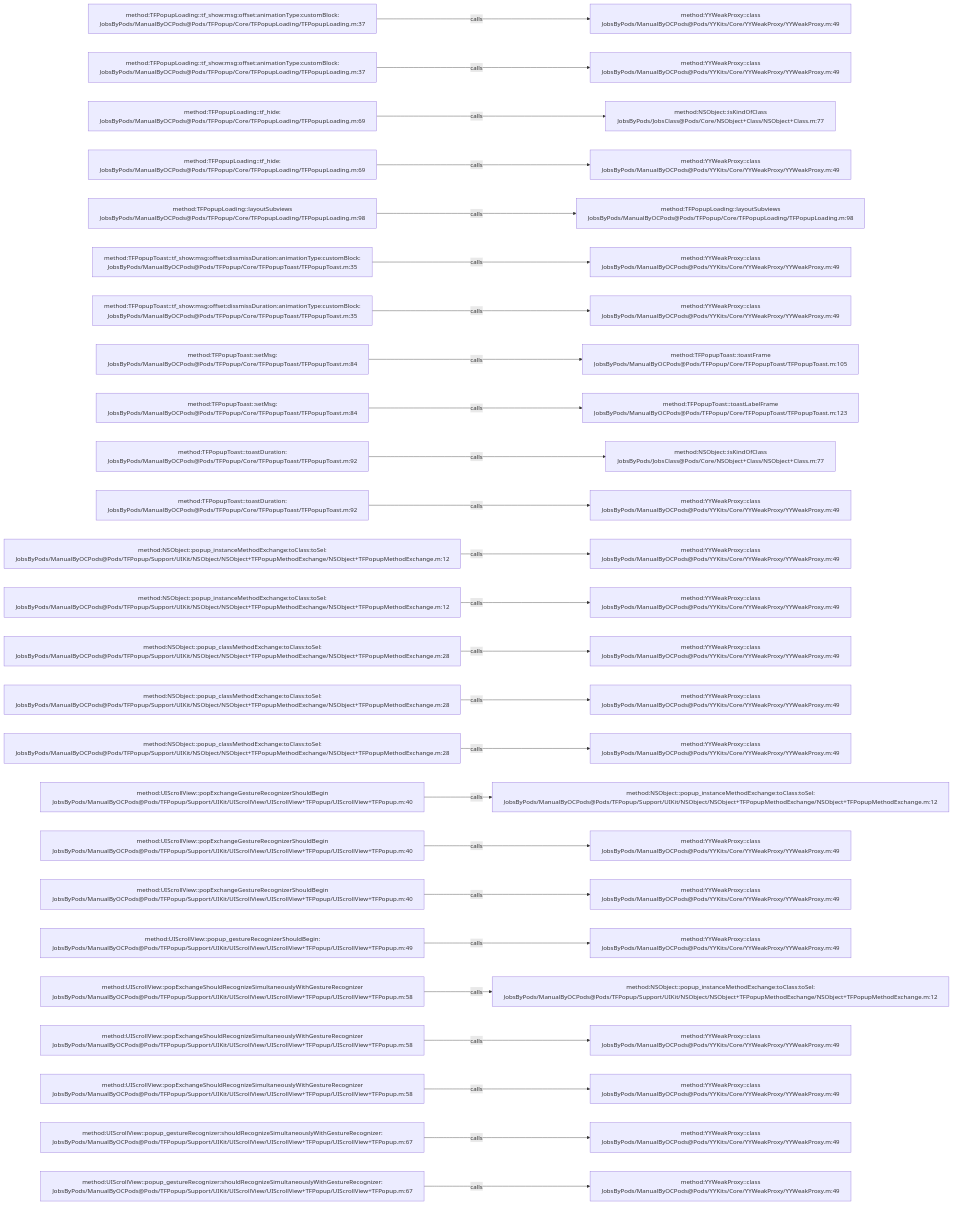
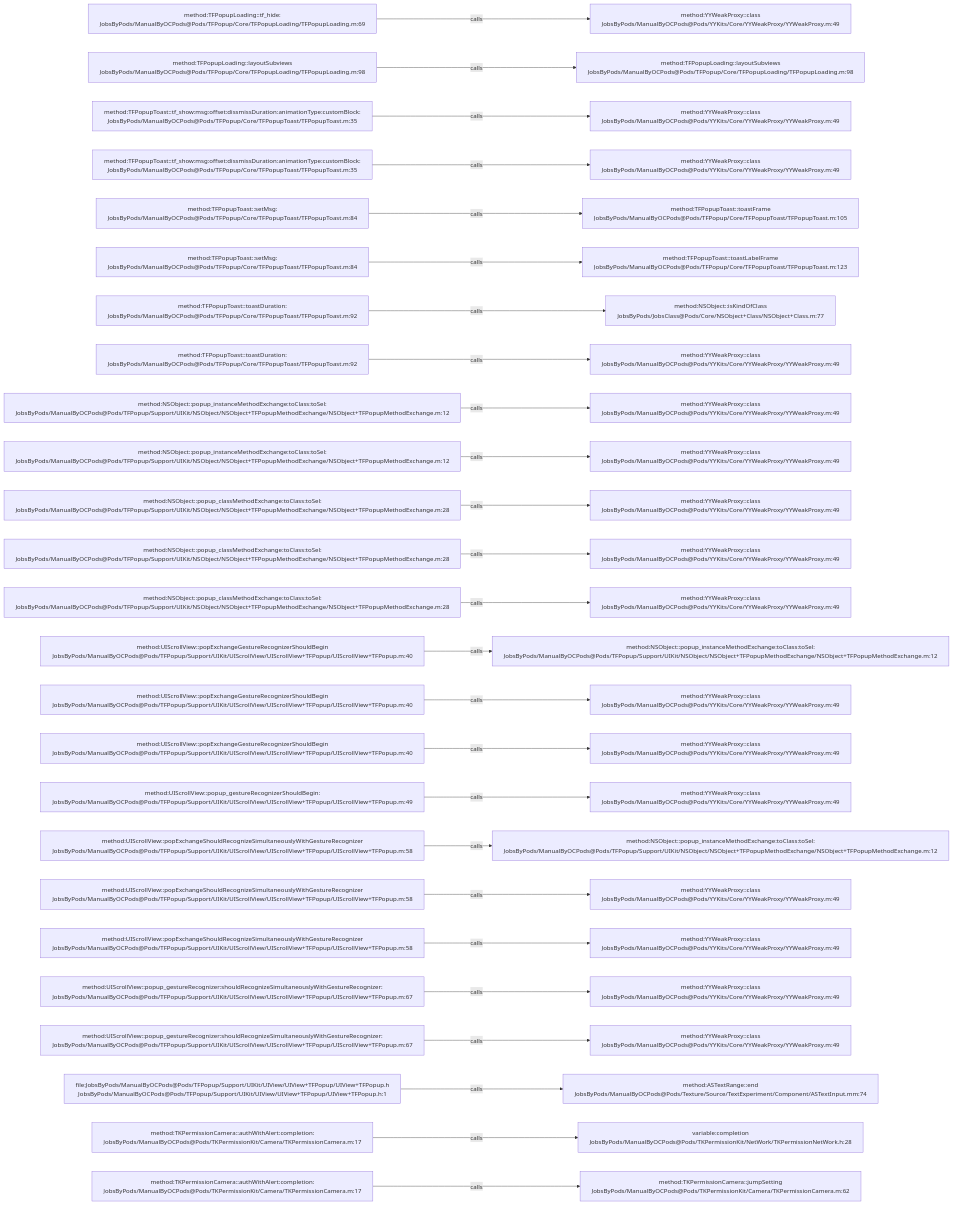
Before and after one commit to JobsKits/JobsOCBaseConfigDemo: the diagram in .codegraph/codegraph.md/graphs/calls-071.md, drawn with Mermaid. The commit also changed 342 other files, not shown here.

````diff
--- a/.codegraph/codegraph.md/graphs/calls-071.md
+++ b/.codegraph/codegraph.md/graphs/calls-071.md
@@ -13,78 +13,78 @@
 ```mermaid
 flowchart LR
-  S1["method:TFPopupLoading::tf_show:msg:offset:animationType:customBlock:<br/>JobsByPods/ManualByOCPods@Pods/TFPopup/Core/TFPopupLoading/TFPopupLoading.m:37"]
+  S1["method:TFPopupLoading::tf_hide:<br/>JobsByPods/ManualByOCPods@Pods/TFPopup/Core/TFPopupLoading/TFPopupLoading.m:69"]
   T1["method:YYWeakProxy::class<br/>JobsByPods/ManualByOCPods@Pods/YYKits/Core/YYWeakProxy/YYWeakProxy.m:49"]
   S1 -->|calls| T1
-  S2["method:TFPopupLoading::tf_show:msg:offset:animationType:customBlock:<br/>JobsByPods/ManualByOCPods@Pods/TFPopup/Core/TFPopupLoading/TFPopupLoading.m:37"]
-  T2["method:YYWeakProxy::class<br/>JobsByPods/ManualByOCPods@Pods/YYKits/Core/YYWeakProxy/YYWeakProxy.m:49"]
+  S2["method:TFPopupLoading::layoutSubviews<br/>JobsByPods/ManualByOCPods@Pods/TFPopup/Core/TFPopupLoading/TFPopupLoading.m:98"]
+  T2["method:TFPopupLoading::layoutSubviews<br/>JobsByPods/ManualByOCPods@Pods/TFPopup/Core/TFPopupLoading/TFPopupLoading.m:98"]
   S2 -->|calls| T2
-  S3["method:TFPopupLoading::tf_hide:<br/>JobsByPods/ManualByOCPods@Pods/TFPopup/Core/TFPopupLoading/TFPopupLoading.m:69"]
-  T3["method:NSObject::isKindOfClass<br/>JobsByPods/JobsClass@Pods/Core/NSObject+Class/NSObject+Class.m:77"]
+  S3["method:TFPopupToast::tf_show:msg:offset:dissmissDuration:animationType:customBlock:<br/>JobsByPods/ManualByOCPods@Pods/TFPopup/Core/TFPopupToast/TFPopupToast.m:35"]
+  T3["method:YYWeakProxy::class<br/>JobsByPods/ManualByOCPods@Pods/YYKits/Core/YYWeakProxy/YYWeakProxy.m:49"]
   S3 -->|calls| T3
-  S4["method:TFPopupLoading::tf_hide:<br/>JobsByPods/ManualByOCPods@Pods/TFPopup/Core/TFPopupLoading/TFPopupLoading.m:69"]
+  S4["method:TFPopupToast::tf_show:msg:offset:dissmissDuration:animationType:customBlock:<br/>JobsByPods/ManualByOCPods@Pods/TFPopup/Core/TFPopupToast/TFPopupToast.m:35"]
   T4["method:YYWeakProxy::class<br/>JobsByPods/ManualByOCPods@Pods/YYKits/Core/YYWeakProxy/YYWeakProxy.m:49"]
   S4 -->|calls| T4
-  S5["method:TFPopupLoading::layoutSubviews<br/>JobsByPods/ManualByOCPods@Pods/TFPopup/Core/TFPopupLoading/TFPopupLoading.m:98"]
-  T5["method:TFPopupLoading::layoutSubviews<br/>JobsByPods/ManualByOCPods@Pods/TFPopup/Core/TFPopupLoading/TFPopupLoading.m:98"]
+  S5["method:TFPopupToast::setMsg:<br/>JobsByPods/ManualByOCPods@Pods/TFPopup/Core/TFPopupToast/TFPopupToast.m:84"]
+  T5["method:TFPopupToast::toastFrame<br/>JobsByPods/ManualByOCPods@Pods/TFPopup/Core/TFPopupToast/TFPopupToast.m:105"]
   S5 -->|calls| T5
-  S6["method:TFPopupToast::tf_show:msg:offset:dissmissDuration:animationType:customBlock:<br/>JobsByPods/ManualByOCPods@Pods/TFPopup/Core/TFPopupToast/TFPopupToast.m:35"]
-  T6["method:YYWeakProxy::class<br/>JobsByPods/ManualByOCPods@Pods/YYKits/Core/YYWeakProxy/YYWeakProxy.m:49"]
+  S6["method:TFPopupToast::setMsg:<br/>JobsByPods/ManualByOCPods@Pods/TFPopup/Core/TFPopupToast/TFPopupToast.m:84"]
+  T6["method:TFPopupToast::toastLabelFrame<br/>JobsByPods/ManualByOCPods@Pods/TFPopup/Core/TFPopupToast/TFPopupToast.m:123"]
   S6 -->|calls| T6
-  S7["method:TFPopupToast::tf_show:msg:offset:dissmissDuration:animationType:customBlock:<br/>JobsByPods/ManualByOCPods@Pods/TFPopup/Core/TFPopupToast/TFPopupToast.m:35"]
-  T7["method:YYWeakProxy::class<br/>JobsByPods/ManualByOCPods@Pods/YYKits/Core/YYWeakProxy/YYWeakProxy.m:49"]
+  S7["method:TFPopupToast::toastDuration:<br/>JobsByPods/ManualByOCPods@Pods/TFPopup/Core/TFPopupToast/TFPopupToast.m:92"]
+  T7["method:NSObject::isKindOfClass<br/>JobsByPods/JobsClass@Pods/Core/NSObject+Class/NSObject+Class.m:77"]
   S7 -->|calls| T7
-  S8["method:TFPopupToast::setMsg:<br/>JobsByPods/ManualByOCPods@Pods/TFPopup/Core/TFPopupToast/TFPopupToast.m:84"]
-  T8["method:TFPopupToast::toastFrame<br/>JobsByPods/ManualByOCPods@Pods/TFPopup/Core/TFPopupToast/TFPopupToast.m:105"]
+  S8["method:TFPopupToast::toastDuration:<br/>JobsByPods/ManualByOCPods@Pods/TFPopup/Core/TFPopupToast/TFPopupToast.m:92"]
+  T8["method:YYWeakProxy::class<br/>JobsByPods/ManualByOCPods@Pods/YYKits/Core/YYWeakProxy/YYWeakProxy.m:49"]
   S8 -->|calls| T8
-  S9["method:TFPopupToast::setMsg:<br/>JobsByPods/ManualByOCPods@Pods/TFPopup/Core/TFPopupToast/TFPopupToast.m:84"]
-  T9["method:TFPopupToast::toastLabelFrame<br/>JobsByPods/ManualByOCPods@Pods/TFPopup/Core/TFPopupToast/TFPopupToast.m:123"]
+  S9["method:NSObject::popup_instanceMethodExchange:toClass:toSel:<br/>JobsByPods/ManualByOCPods@Pods/TFPopup/Support/UIKit/NSObject/NSObject+TFPopupMethodExchange/NSObject+TFPopupMethodExchange.m:12"]
+  T9["method:YYWeakProxy::class<br/>JobsByPods/ManualByOCPods@Pods/YYKits/Core/YYWeakProxy/YYWeakProxy.m:49"]
   S9 -->|calls| T9
-  S10["method:TFPopupToast::toastDuration:<br/>JobsByPods/ManualByOCPods@Pods/TFPopup/Core/TFPopupToast/TFPopupToast.m:92"]
-  T10["method:NSObject::isKindOfClass<br/>JobsByPods/JobsClass@Pods/Core/NSObject+Class/NSObject+Class.m:77"]
+  S10["method:NSObject::popup_instanceMethodExchange:toClass:toSel:<br/>JobsByPods/ManualByOCPods@Pods/TFPopup/Support/UIKit/NSObject/NSObject+TFPopupMethodExchange/NSObject+TFPopupMethodExchange.m:12"]
+  T10["method:YYWeakProxy::class<br/>JobsByPods/ManualByOCPods@Pods/YYKits/Core/YYWeakProxy/YYWeakProxy.m:49"]
   S10 -->|calls| T10
-  S11["method:TFPopupToast::toastDuration:<br/>JobsByPods/ManualByOCPods@Pods/TFPopup/Core/TFPopupToast/TFPopupToast.m:92"]
+  S11["method:NSObject::popup_classMethodExchange:toClass:toSel:<br/>JobsByPods/ManualByOCPods@Pods/TFPopup/Support/UIKit/NSObject/NSObject+TFPopupMethodExchange/NSObject+TFPopupMethodExchange.m:28"]
   T11["method:YYWeakProxy::class<br/>JobsByPods/ManualByOCPods@Pods/YYKits/Core/YYWeakProxy/YYWeakProxy.m:49"]
   S11 -->|calls| T11
-  S12["method:NSObject::popup_instanceMethodExchange:toClass:toSel:<br/>JobsByPods/ManualByOCPods@Pods/TFPopup/Support/UIKit/NSObject/NSObject+TFPopupMethodExchange/NSObject+TFPopupMethodExchange.m:12"]
+  S12["method:NSObject::popup_classMethodExchange:toClass:toSel:<br/>JobsByPods/ManualByOCPods@Pods/TFPopup/Support/UIKit/NSObject/NSObject+TFPopupMethodExchange/NSObject+TFPopupMethodExchange.m:28"]
   T12["method:YYWeakProxy::class<br/>JobsByPods/ManualByOCPods@Pods/YYKits/Core/YYWeakProxy/YYWeakProxy.m:49"]
   S12 -->|calls| T12
-  S13["method:NSObject::popup_instanceMethodExchange:toClass:toSel:<br/>JobsByPods/ManualByOCPods@Pods/TFPopup/Support/UIKit/NSObject/NSObject+TFPopupMethodExchange/NSObject+TFPopupMethodExchange.m:12"]
+  S13["method:NSObject::popup_classMethodExchange:toClass:toSel:<br/>JobsByPods/ManualByOCPods@Pods/TFPopup/Support/UIKit/NSObject/NSObject+TFPopupMethodExchange/NSObject+TFPopupMethodExchange.m:28"]
   T13["method:YYWeakProxy::class<br/>JobsByPods/ManualByOCPods@Pods/YYKits/Core/YYWeakProxy/YYWeakProxy.m:49"]
   S13 -->|calls| T13
-  S14["method:NSObject::popup_classMethodExchange:toClass:toSel:<br/>JobsByPods/ManualByOCPods@Pods/TFPopup/Support/UIKit/NSObject/NSObject+TFPopupMethodExchange/NSObject+TFPopupMethodExchange.m:28"]
-  T14["method:YYWeakProxy::class<br/>JobsByPods/ManualByOCPods@Pods/YYKits/Core/YYWeakProxy/YYWeakProxy.m:49"]
+  S14["method:UIScrollView::popExchangeGestureRecognizerShouldBegin<br/>JobsByPods/ManualByOCPods@Pods/TFPopup/Support/UIKit/UIScrollView/UIScrollView+TFPopup/UIScrollView+TFPopup.m:40"]
+  T14["method:NSObject::popup_instanceMethodExchange:toClass:toSel:<br/>JobsByPods/ManualByOCPods@Pods/TFPopup/Support/UIKit/NSObject/NSObject+TFPopupMethodExchange/NSObject+TFPopupMethodExchange.m:12"]
   S14 -->|calls| T14
-  S15["method:NSObject::popup_classMethodExchange:toClass:toSel:<br/>JobsByPods/ManualByOCPods@Pods/TFPopup/Support/UIKit/NSObject/NSObject+TFPopupMethodExchange/NSObject+TFPopupMethodExchange.m:28"]
+  S15["method:UIScrollView::popExchangeGestureRecognizerShouldBegin<br/>JobsByPods/ManualByOCPods@Pods/TFPopup/Support/UIKit/UIScrollView/UIScrollView+TFPopup/UIScrollView+TFPopup.m:40"]
   T15["method:YYWeakProxy::class<br/>JobsByPods/ManualByOCPods@Pods/YYKits/Core/YYWeakProxy/YYWeakProxy.m:49"]
   S15 -->|calls| T15
-  S16["method:NSObject::popup_classMethodExchange:toClass:toSel:<br/>JobsByPods/ManualByOCPods@Pods/TFPopup/Support/UIKit/NSObject/NSObject+TFPopupMethodExchange/NSObject+TFPopupMethodExchange.m:28"]
+  S16["method:UIScrollView::popExchangeGestureRecognizerShouldBegin<br/>JobsByPods/ManualByOCPods@Pods/TFPopup/Support/UIKit/UIScrollView/UIScrollView+TFPopup/UIScrollView+TFPopup.m:40"]
   T16["method:YYWeakProxy::class<br/>JobsByPods/ManualByOCPods@Pods/YYKits/Core/YYWeakProxy/YYWeakProxy.m:49"]
   S16 -->|calls| T16
-  S17["method:UIScrollView::popExchangeGestureRecognizerShouldBegin<br/>JobsByPods/ManualByOCPods@Pods/TFPopup/Support/UIKit/UIScrollView/UIScrollView+TFPopup/UIScrollView+TFPopup.m:40"]
-  T17["method:NSObject::popup_instanceMethodExchange:toClass:toSel:<br/>JobsByPods/ManualByOCPods@Pods/TFPopup/Support/UIKit/NSObject/NSObject+TFPopupMethodExchange/NSObject+TFPopupMethodExchange.m:12"]
+  S17["method:UIScrollView::popup_gestureRecognizerShouldBegin:<br/>JobsByPods/ManualByOCPods@Pods/TFPopup/Support/UIKit/UIScrollView/UIScrollView+TFPopup/UIScrollView+TFPopup.m:49"]
+  T17["method:YYWeakProxy::class<br/>JobsByPods/ManualByOCPods@Pods/YYKits/Core/YYWeakProxy/YYWeakProxy.m:49"]
   S17 -->|calls| T17
-  S18["method:UIScrollView::popExchangeGestureRecognizerShouldBegin<br/>JobsByPods/ManualByOCPods@Pods/TFPopup/Support/UIKit/UIScrollView/UIScrollView+TFPopup/UIScrollView+TFPopup.m:40"]
-  T18["method:YYWeakProxy::class<br/>JobsByPods/ManualByOCPods@Pods/YYKits/Core/YYWeakProxy/YYWeakProxy.m:49"]
+  S18["method:UIScrollView::popExchangeShouldRecognizeSimultaneouslyWithGestureRecognizer<br/>JobsByPods/ManualByOCPods@Pods/TFPopup/Support/UIKit/UIScrollView/UIScrollView+TFPopup/UIScrollView+TFPopup.m:58"]
+  T18["method:NSObject::popup_instanceMethodExchange:toClass:toSel:<br/>JobsByPods/ManualByOCPods@Pods/TFPopup/Support/UIKit/NSObject/NSObject+TFPopupMethodExchange/NSObject+TFPopupMethodExchange.m:12"]
   S18 -->|calls| T18
-  S19["method:UIScrollView::popExchangeGestureRecognizerShouldBegin<br/>JobsByPods/ManualByOCPods@Pods/TFPopup/Support/UIKit/UIScrollView/UIScrollView+TFPopup/UIScrollView+TFPopup.m:40"]
+  S19["method:UIScrollView::popExchangeShouldRecognizeSimultaneouslyWithGestureRecognizer<br/>JobsByPods/ManualByOCPods@Pods/TFPopup/Support/UIKit/UIScrollView/UIScrollView+TFPopup/UIScrollView+TFPopup.m:58"]
   T19["method:YYWeakProxy::class<br/>JobsByPods/ManualByOCPods@Pods/YYKits/Core/YYWeakProxy/YYWeakProxy.m:49"]
   S19 -->|calls| T19
-  S20["method:UIScrollView::popup_gestureRecognizerShouldBegin:<br/>JobsByPods/ManualByOCPods@Pods/TFPopup/Support/UIKit/UIScrollView/UIScrollView+TFPopup/UIScrollView+TFPopup.m:49"]
+  S20["method:UIScrollView::popExchangeShouldRecognizeSimultaneouslyWithGestureRecognizer<br/>JobsByPods/ManualByOCPods@Pods/TFPopup/Support/UIKit/UIScrollView/UIScrollView+TFPopup/UIScrollView+TFPopup.m:58"]
   T20["method:YYWeakProxy::class<br/>JobsByPods/ManualByOCPods@Pods/YYKits/Core/YYWeakProxy/YYWeakProxy.m:49"]
   S20 -->|calls| T20
-  S21["method:UIScrollView::popExchangeShouldRecognizeSimultaneouslyWithGestureRecognizer<br/>JobsByPods/ManualByOCPods@Pods/TFPopup/Support/UIKit/UIScrollView/UIScrollView+TFPopup/UIScrollView+TFPopup.m:58"]
-  T21["method:NSObject::popup_instanceMethodExchange:toClass:toSel:<br/>JobsByPods/ManualByOCPods@Pods/TFPopup/Support/UIKit/NSObject/NSObject+TFPopupMethodExchange/NSObject+TFPopupMethodExchange.m:12"]
+  S21["method:UIScrollView::popup_gestureRecognizer:shouldRecognizeSimultaneouslyWithGestureRecognizer:<br/>JobsByPods/ManualByOCPods@Pods/TFPopup/Support/UIKit/UIScrollView/UIScrollView+TFPopup/UIScrollView+TFPopup.m:67"]
+  T21["method:YYWeakProxy::class<br/>JobsByPods/ManualByOCPods@Pods/YYKits/Core/YYWeakProxy/YYWeakProxy.m:49"]
   S21 -->|calls| T21
-  S22["method:UIScrollView::popExchangeShouldRecognizeSimultaneouslyWithGestureRecognizer<br/>JobsByPods/ManualByOCPods@Pods/TFPopup/Support/UIKit/UIScrollView/UIScrollView+TFPopup/UIScrollView+TFPopup.m:58"]
+  S22["method:UIScrollView::popup_gestureRecognizer:shouldRecognizeSimultaneouslyWithGestureRecognizer:<br/>JobsByPods/ManualByOCPods@Pods/TFPopup/Support/UIKit/UIScrollView/UIScrollView+TFPopup/UIScrollView+TFPopup.m:67"]
   T22["method:YYWeakProxy::class<br/>JobsByPods/ManualByOCPods@Pods/YYKits/Core/YYWeakProxy/YYWeakProxy.m:49"]
   S22 -->|calls| T22
-  S23["method:UIScrollView::popExchangeShouldRecognizeSimultaneouslyWithGestureRecognizer<br/>JobsByPods/ManualByOCPods@Pods/TFPopup/Support/UIKit/UIScrollView/UIScrollView+TFPopup/UIScrollView+TFPopup.m:58"]
-  T23["method:YYWeakProxy::class<br/>JobsByPods/ManualByOCPods@Pods/YYKits/Core/YYWeakProxy/YYWeakProxy.m:49"]
+  S23["file:JobsByPods/ManualByOCPods@Pods/TFPopup/Support/UIKit/UIView/UIView+TFPopup/UIView+TFPopup.h<br/>JobsByPods/ManualByOCPods@Pods/TFPopup/Support/UIKit/UIView/UIView+TFPopup/UIView+TFPopup.h:1"]
+  T23["method:ASTextRange::end<br/>JobsByPods/ManualByOCPods@Pods/Texture/Source/TextExperiment/Component/ASTextInput.mm:74"]
   S23 -->|calls| T23
-  S24["method:UIScrollView::popup_gestureRecognizer:shouldRecognizeSimultaneouslyWithGestureRecognizer:<br/>JobsByPods/ManualByOCPods@Pods/TFPopup/Support/UIKit/UIScrollView/UIScrollView+TFPopup/UIScrollView+TFPopup.m:67"]
-  T24["method:YYWeakProxy::class<br/>JobsByPods/ManualByOCPods@Pods/YYKits/Core/YYWeakProxy/YYWeakProxy.m:49"]
+  S24["method:TKPermissionCamera::authWithAlert:completion:<br/>JobsByPods/ManualByOCPods@Pods/TKPermissionKit/Camera/TKPermissionCamera.m:17"]
+  T24["variable:completion<br/>JobsByPods/ManualByOCPods@Pods/TKPermissionKit/NetWork/TKPermissionNetWork.h:28"]
   S24 -->|calls| T24
-  S25["method:UIScrollView::popup_gestureRecognizer:shouldRecognizeSimultaneouslyWithGestureRecognizer:<br/>JobsByPods/ManualByOCPods@Pods/TFPopup/Support/UIKit/UIScrollView/UIScrollView+TFPopup/UIScrollView+TFPopup.m:67"]
-  T25["method:YYWeakProxy::class<br/>JobsByPods/ManualByOCPods@Pods/YYKits/Core/YYWeakProxy/YYWeakProxy.m:49"]
+  S25["method:TKPermissionCamera::authWithAlert:completion:<br/>JobsByPods/ManualByOCPods@Pods/TKPermissionKit/Camera/TKPermissionCamera.m:17"]
+  T25["method:TKPermissionCamera::jumpSetting<br/>JobsByPods/ManualByOCPods@Pods/TKPermissionKit/Camera/TKPermissionCamera.m:62"]
   S25 -->|calls| T25
 ```
````
